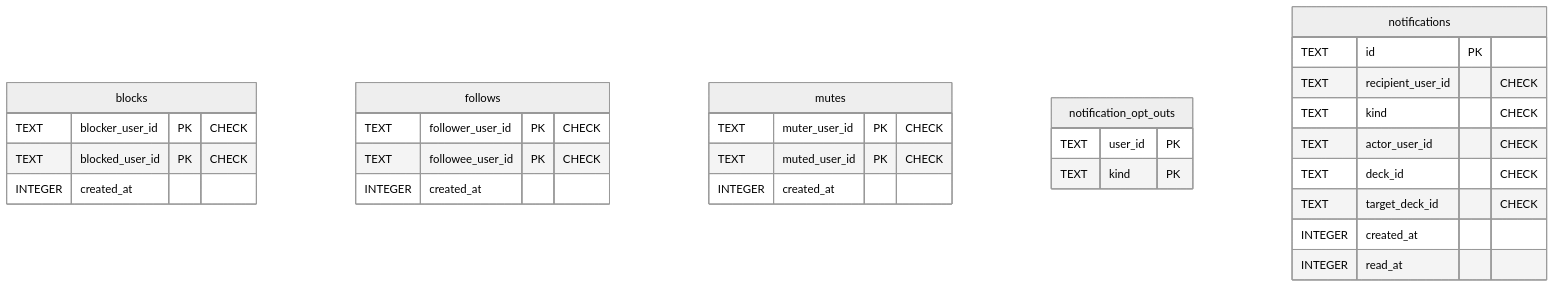
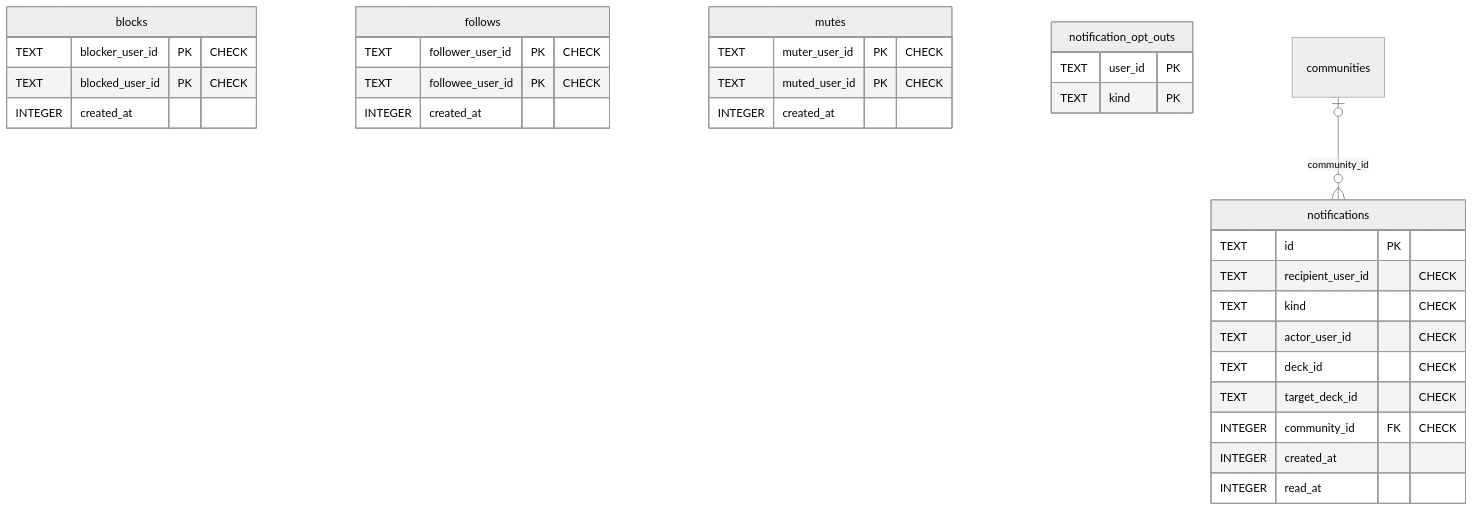
The sixth of 11 diagrams in docs/dev/er-diagram.md (piconic-ai/slide), drawn with Mermaid (neutral theme) before and after one commit. The commit also changed other lines of this file and 16 other files, not shown here.

````diff
--- a/docs/dev/er-diagram.md
+++ b/docs/dev/er-diagram.md
@@ -340,32 +341,35 @@
 ```mermaid
 erDiagram
     blocks {
         TEXT blocker_user_id PK "CHECK"
         TEXT blocked_user_id PK "CHECK"
         INTEGER created_at
     }
     follows {
         TEXT follower_user_id PK "CHECK"
         TEXT followee_user_id PK "CHECK"
         INTEGER created_at
     }
     mutes {
         TEXT muter_user_id PK "CHECK"
         TEXT muted_user_id PK "CHECK"
         INTEGER created_at
     }
     notification_opt_outs {
         TEXT user_id PK
         TEXT kind PK
     }
     notifications {
         TEXT id PK
         TEXT recipient_user_id "CHECK"
         TEXT kind "CHECK"
         TEXT actor_user_id "CHECK"
         TEXT deck_id "CHECK"
         TEXT target_deck_id "CHECK"
+        INTEGER community_id FK "CHECK"
         INTEGER created_at
         INTEGER read_at
     }
+    communities
+    communities |o--o{ notifications : "community_id"
 ```
````
